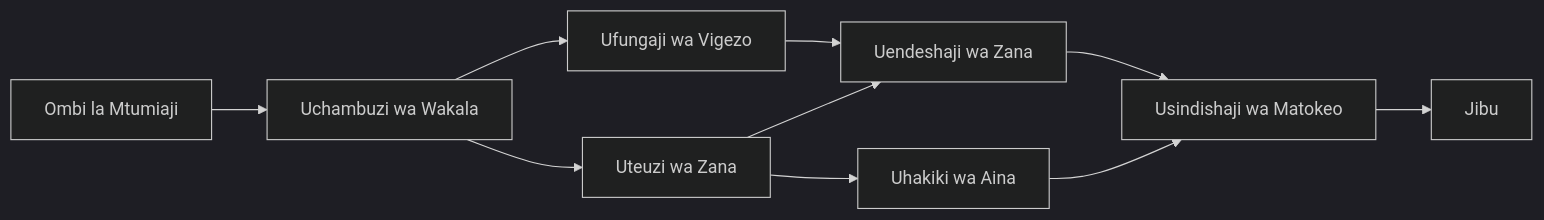
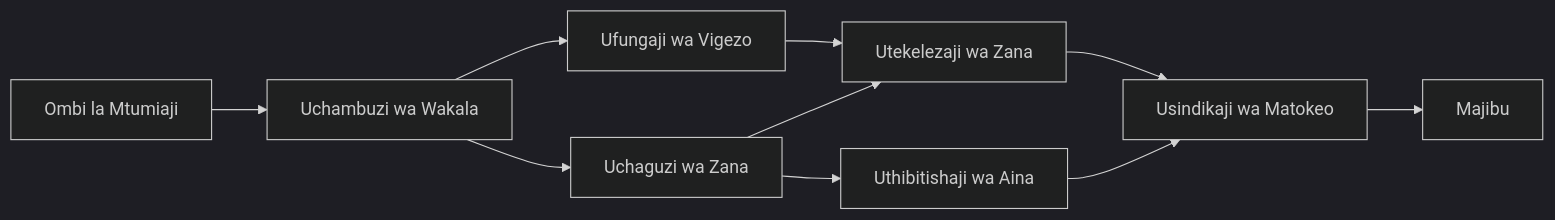
One commit to venturemavenwill/azureaifundamentals changed the diagram in translations/sw/04-tool-use/code_samples/04-dotnet-agent-framework.md. Above: the diagram before and after it, drawn with Mermaid (dark theme). The commit also changed other lines of this file and 77 other files, not shown here.

````diff
--- a/translations/sw/04-tool-use/code_samples/04-dotnet-agent-framework.md
+++ b/translations/sw/04-tool-use/code_samples/04-dotnet-agent-framework.md
@@ -40,12 +40,12 @@
 ```mermaid
 graph LR
     A[Ombi la Mtumiaji] --> B[Uchambuzi wa Wakala]
-    B --> C[Uteuzi wa Zana]
-    C --> D[Uhakiki wa Aina]
+    B --> C[Uchaguzi wa Zana]
+    C --> D[Uthibitishaji wa Aina]
     B --> E[Ufungaji wa Vigezo]
-    E --> F[Uendeshaji wa Zana]
+    E --> F[Utekelezaji wa Zana]
     C --> F
-    F --> G[Usindishaji wa Matokeo]
+    F --> G[Usindikaji wa Matokeo]
     D --> G
-    G --> H[Jibu]
+    G --> H[Majibu]
 ```
````
